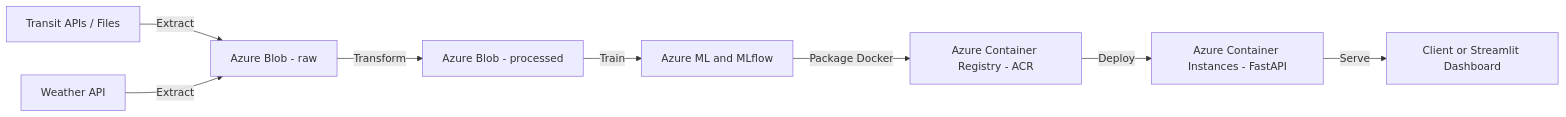
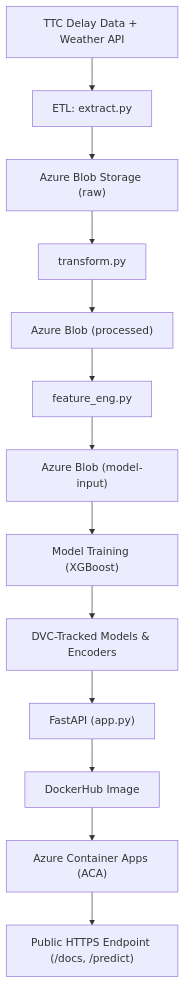
Before and after one commit to jay-nidumolu/transitx-project: the diagram in README.md, drawn with Mermaid. The commit also changed other lines of this file and 4 other files, not shown here.

````diff
--- a/README.md
+++ b/README.md
@@ -39,10 +100,15 @@
 ```mermaid
-flowchart LR
-  A["Transit APIs / Files"] -->|Extract| B["Azure Blob - raw"]
-  C["Weather API"] -->|Extract| B
-  B -->|Transform| D["Azure Blob - processed"]
-  D -->|Train| E["Azure ML and MLflow"]
-  E -->|Package Docker| F["Azure Container Registry - ACR"]
-  F -->|Deploy| G["Azure Container Instances - FastAPI"]
-  G -->|Serve| H["Client or Streamlit Dashboard"]
+flowchart TB
+    A["TTC Delay Data + Weather API"] --> B["ETL: extract.py"]
+    B --> C["Azure Blob Storage (raw)"]
+    C --> D["transform.py"]
+    D --> E["Azure Blob (processed)"]
+    E --> F["feature_eng.py"]
+    F --> G["Azure Blob (model-input)"]
+    G --> H["Model Training (XGBoost)"]
+    H --> I["DVC-Tracked Models & Encoders"]
+    I --> J["FastAPI (app.py)"]
+    J --> K["DockerHub Image"]
+    K --> L["Azure Container Apps (ACA)"]
+    L --> M["Public HTTPS Endpoint (/docs, /predict)"]
 ```
````
